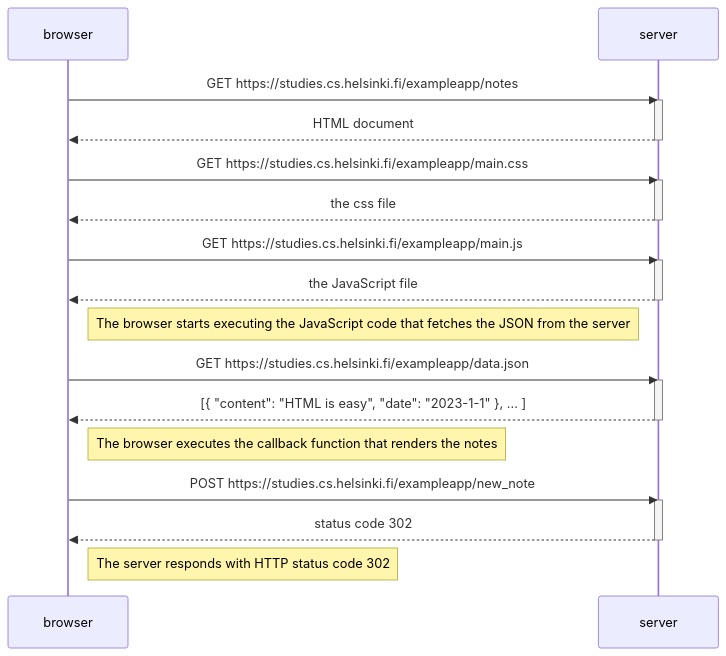
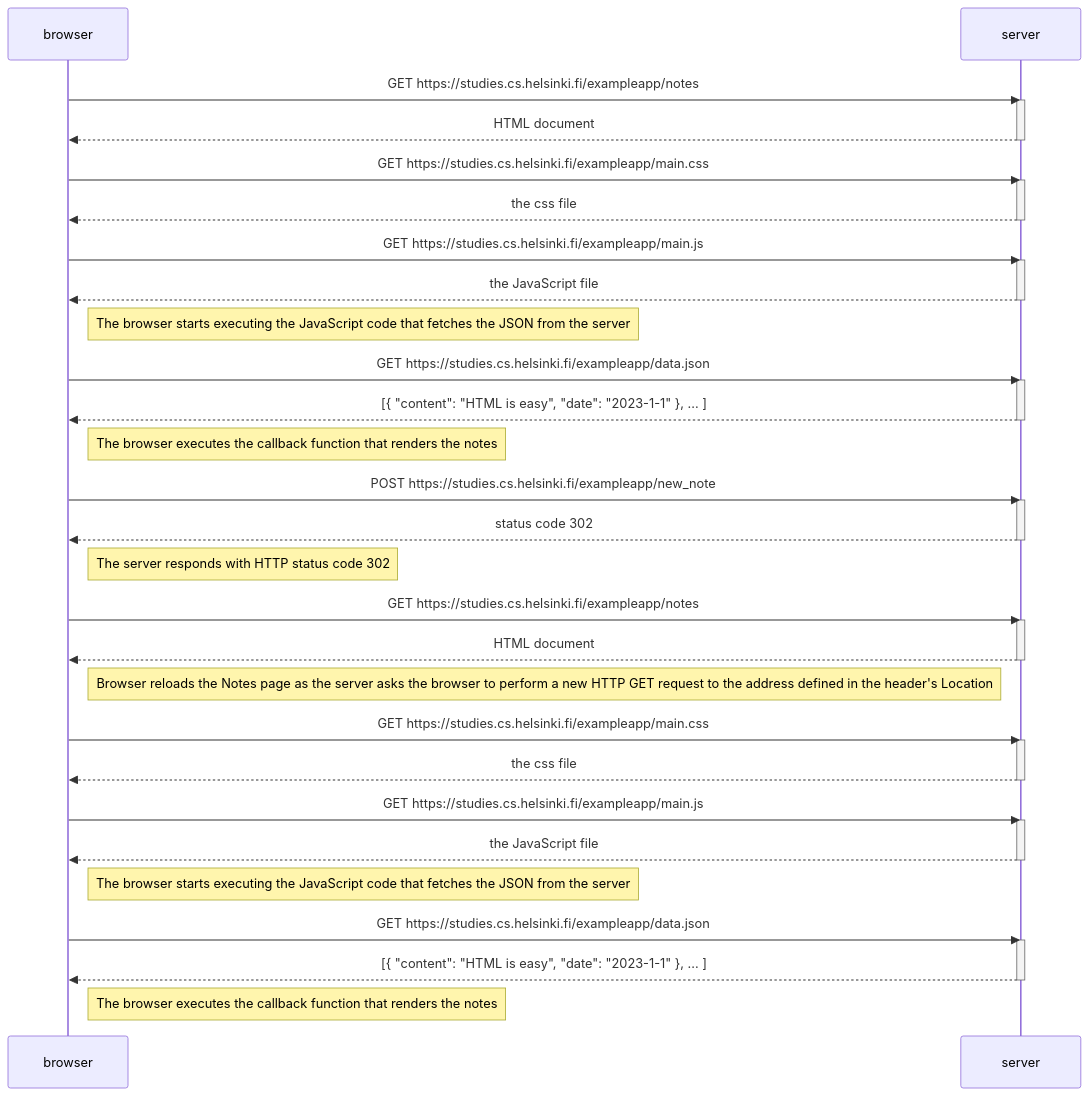
Before and after one commit to alifzwan/FullStack-Open: the diagram in part0/new-note-diagram/README.md, drawn with Mermaid.

````diff
--- a/part0/new-note-diagram/README.md
+++ b/part0/new-note-diagram/README.md
@@ -1,36 +1,61 @@
 ```mermaid
 sequenceDiagram
     participant browser
     participant server
 
     browser->>server: GET https://studies.cs.helsinki.fi/exampleapp/notes
     activate server
     server-->>browser: HTML document
     deactivate server
 
     browser->>server: GET https://studies.cs.helsinki.fi/exampleapp/main.css
     activate server
     server-->>browser: the css file
     deactivate server
 
     browser->>server: GET https://studies.cs.helsinki.fi/exampleapp/main.js
     activate server
     server-->>browser: the JavaScript file
     deactivate server
 
     Note right of browser: The browser starts executing the JavaScript code that fetches the JSON from the server
 
     browser->>server: GET https://studies.cs.helsinki.fi/exampleapp/data.json
     activate server
     server-->>browser: [{ "content": "HTML is easy", "date": "2023-1-1" }, ... ]
     deactivate server
 
     Note right of browser: The browser executes the callback function that renders the notes
 
     browser->>server: POST https://studies.cs.helsinki.fi/exampleapp/new_note
     activate server
     server-->>browser: status code 302
     deactivate server
 
     Note right of browser: The server responds with HTTP status code 302
+
+    browser->>server: GET https://studies.cs.helsinki.fi/exampleapp/notes
+    activate server
+    server-->>browser: HTML document
+    deactivate server
+    Note right of browser: Browser reloads the Notes page as the server asks the browser to perform a new HTTP GET request to the address defined in the header's Location 
+
+    browser->>server: GET https://studies.cs.helsinki.fi/exampleapp/main.css
+    activate server
+    server-->>browser: the css file
+    deactivate server
+
+    browser->>server: GET https://studies.cs.helsinki.fi/exampleapp/main.js
+    activate server
+    server-->>browser: the JavaScript file
+    deactivate server
+
+    Note right of browser: The browser starts executing the JavaScript code that fetches the JSON from the server
+
+    browser->>server: GET https://studies.cs.helsinki.fi/exampleapp/data.json
+    activate server
+    server-->>browser: [{ "content": "HTML is easy", "date": "2023-1-1" }, ... ]
+    deactivate server
+
+    Note right of browser: The browser executes the callback function that renders the notes
 ``` 
````
